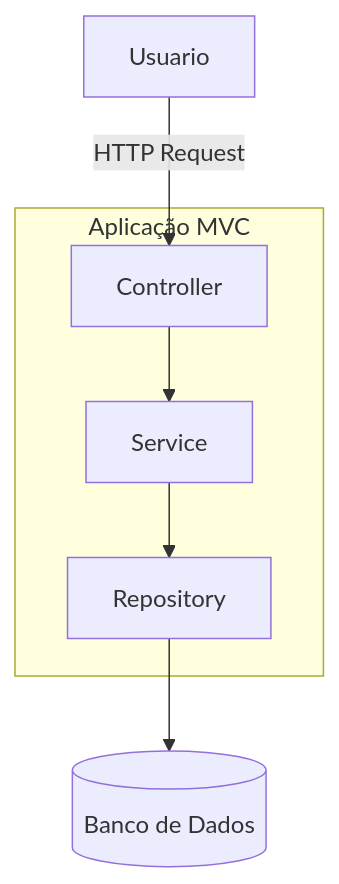
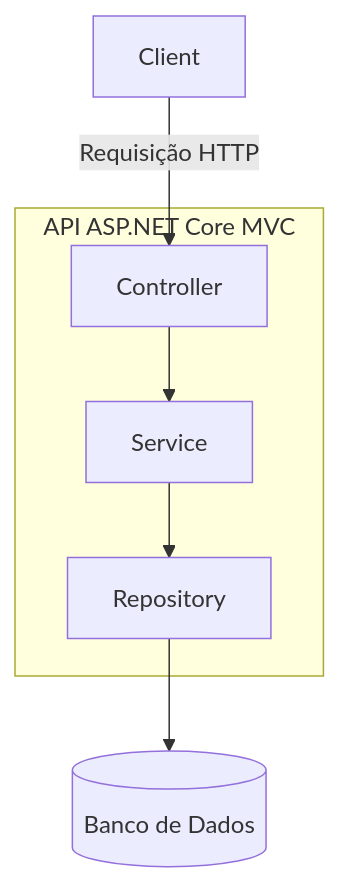
Before and after one commit to lucasroselli90/xpe_desafiofinal_arq_2025: the first of 2 diagrams in README.md, drawn with Mermaid. The commit also changed other lines of this file, not shown here.

````diff
--- a/README.md
+++ b/README.md
@@ -5,13 +6,13 @@
 ```mermaid
 graph TD
-  A[Usuario] -->|HTTP Request| B[Controller]
+  A[Client] -->|Requisição HTTP| B[Controller]
   B --> C[Service]
   C --> D[Repository]
   D --> E[(Banco de Dados)]
 
-  subgraph Aplicação MVC
-    B
-    C
-    D
+  subgraph API ASP.NET Core MVC
+    B[Controller]
+    C[Service]
+    D[Repository]
   end
 ```
````
